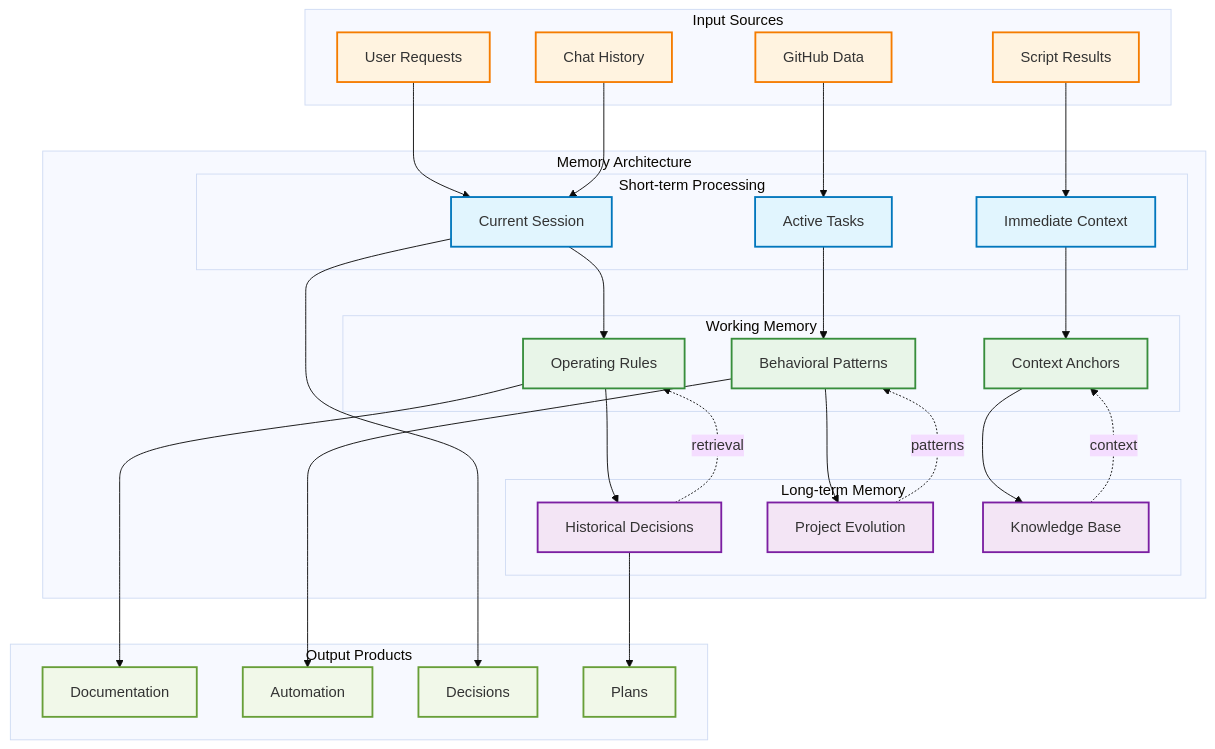
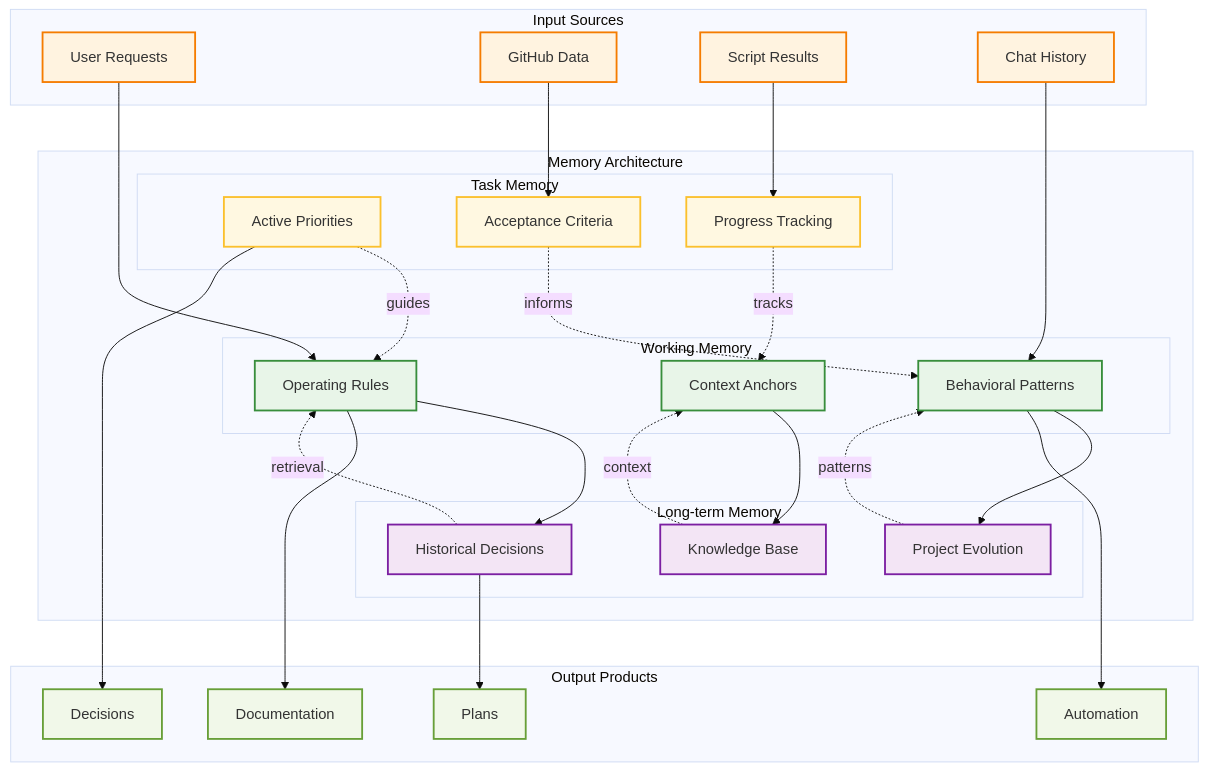
Before and after one commit to fabioc-aloha/fabioc-aloha: diagram 11 of 13 in PAPER.md, drawn with Mermaid (base theme). The commit also changed other lines of this file and 1 other file, not shown here.

First line of the commit message:
fix: correct diagram conceptual accuracy

````diff
--- a/PAPER.md
+++ b/PAPER.md
@@ -779,74 +1810,74 @@
 ```mermaid
 flowchart TD
   subgraph Input ["Input Sources"]
     UR[User Requests]
     GH[GitHub Data]
     SC[Script Results]
     CH[Chat History]
   end
 
   subgraph Memory ["Memory Architecture"]
     subgraph WM ["Working Memory"]
       WM1[Operating Rules]
       WM2[Behavioral Patterns]
       WM3[Context Anchors]
     end
 
-    subgraph STM ["Short-term Processing"]
-      STM1[Current Session]
-      STM2[Active Tasks]
-      STM3[Immediate Context]
+    subgraph TM ["Task Memory"]
+      TM1[Active Priorities]
+      TM2[Acceptance Criteria]
+      TM3[Progress Tracking]
     end
 
     subgraph LTM ["Long-term Memory"]
       LTM1[Historical Decisions]
       LTM2[Project Evolution]
       LTM3[Knowledge Base]
     end
   end
 
   subgraph Output ["Output Products"]
     DOC[Documentation]
     AUT[Automation]
     DEC[Decisions]
     PLN[Plans]
   end
 
   %% Input processing
-  UR --> STM1
-  CH --> STM1
-  GH --> STM2
-  SC --> STM3
+  UR --> WM1
+  CH --> WM2
+  GH --> TM2
+  SC --> TM3
 
   %% Memory interactions
-  STM1 --> WM1
-  STM2 --> WM2
-  STM3 --> WM3
-
   WM1 --> LTM1
   WM2 --> LTM2
   WM3 --> LTM3
+
+  TM1 -.guides.-> WM1
+  TM2 -.informs.-> WM2
+  TM3 -.tracks.-> WM3
 
   LTM1 -.retrieval.-> WM1
   LTM2 -.patterns.-> WM2
   LTM3 -.context.-> WM3
 
   %% Output generation
   WM1 --> DOC
   WM2 --> AUT
-  STM1 --> DEC
+  TM1 --> DEC
   LTM1 --> PLN
 
   %% Styling
   classDef input fill:#fff3e0,stroke:#f57c00,stroke-width:2px
   classDef working fill:#e8f5e8,stroke:#388e3c,stroke-width:2px
-  classDef shortterm fill:#e1f5fe,stroke:#0277bd,stroke-width:2px
+  classDef taskmem fill:#fff8e1,stroke:#fbc02d,stroke-width:2px
   classDef longterm fill:#f3e5f5,stroke:#7b1fa2,stroke-width:2px
   classDef output fill:#f1f8e9,stroke:#689f38,stroke-width:2px
 
   class UR,GH,SC,CH input
   class WM1,WM2,WM3 working
-  class STM1,STM2,STM3 shortterm
+  class TM1,TM2,TM3 taskmem
   class LTM1,LTM2,LTM3 longterm
   class DOC,AUT,DEC,PLN output
 ```
````
